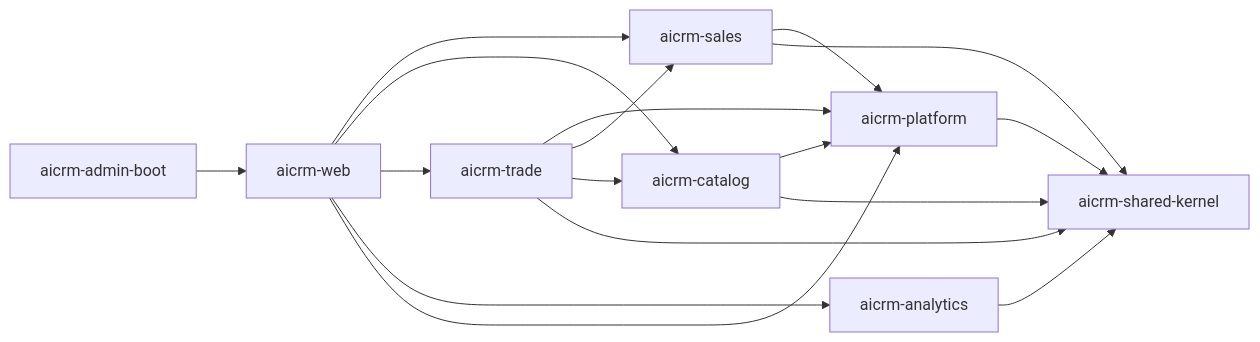
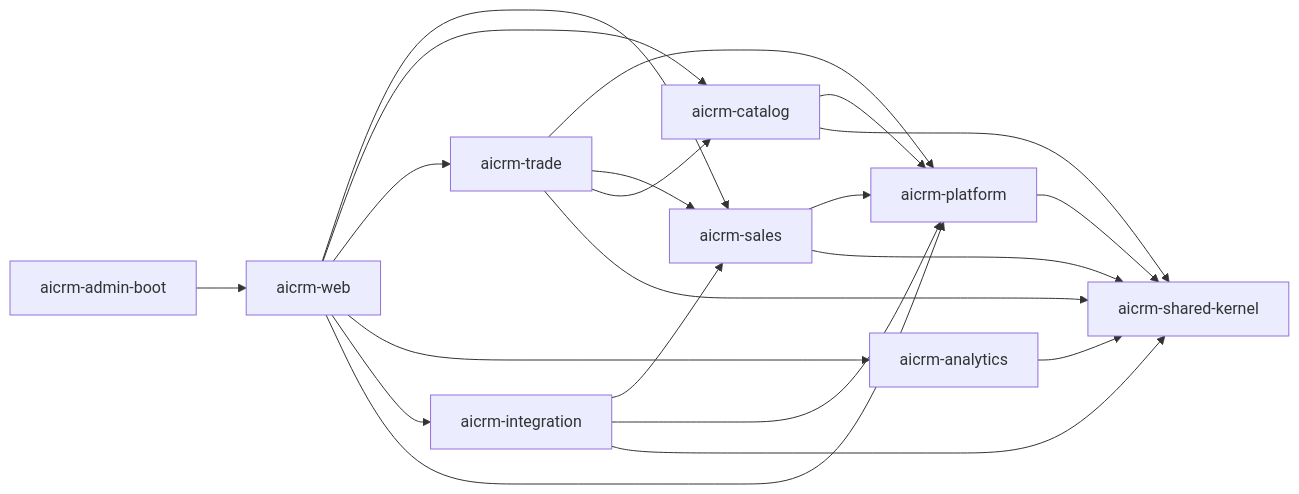
The diagram in docs/architecture/module-boundaries.md (Squirtles331/AiCRM), drawn with Mermaid before and after one commit. The commit also changed other lines of this file and 30 other files, not shown here.

````diff
--- a/docs/architecture/module-boundaries.md
+++ b/docs/architecture/module-boundaries.md
@@ -5,19 +5,23 @@
 ```mermaid
 flowchart LR
   boot["aicrm-admin-boot"] --> web["aicrm-web"]
   web --> sales["aicrm-sales"]
   web --> catalog["aicrm-catalog"]
   web --> trade["aicrm-trade"]
   web --> analytics["aicrm-analytics"]
+  web --> integration["aicrm-integration"]
   web --> platform["aicrm-platform"]
   sales --> platform
   catalog --> platform
   trade --> platform
   trade --> sales
   trade --> catalog
   sales --> kernel["aicrm-shared-kernel"]
   catalog --> kernel
   trade --> kernel
   analytics --> kernel
+  integration --> sales
+  integration --> platform
+  integration --> kernel
   platform --> kernel
 ```
````
